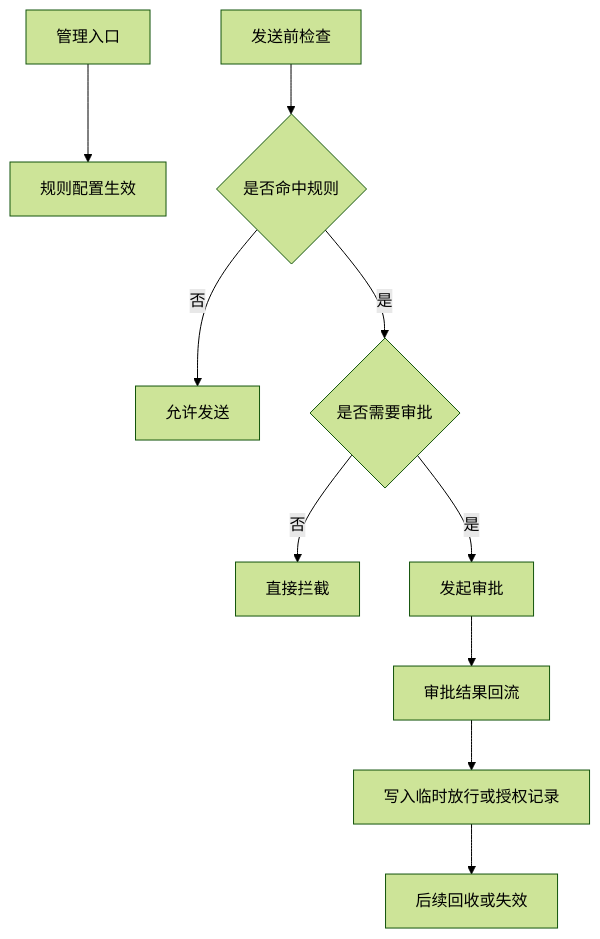
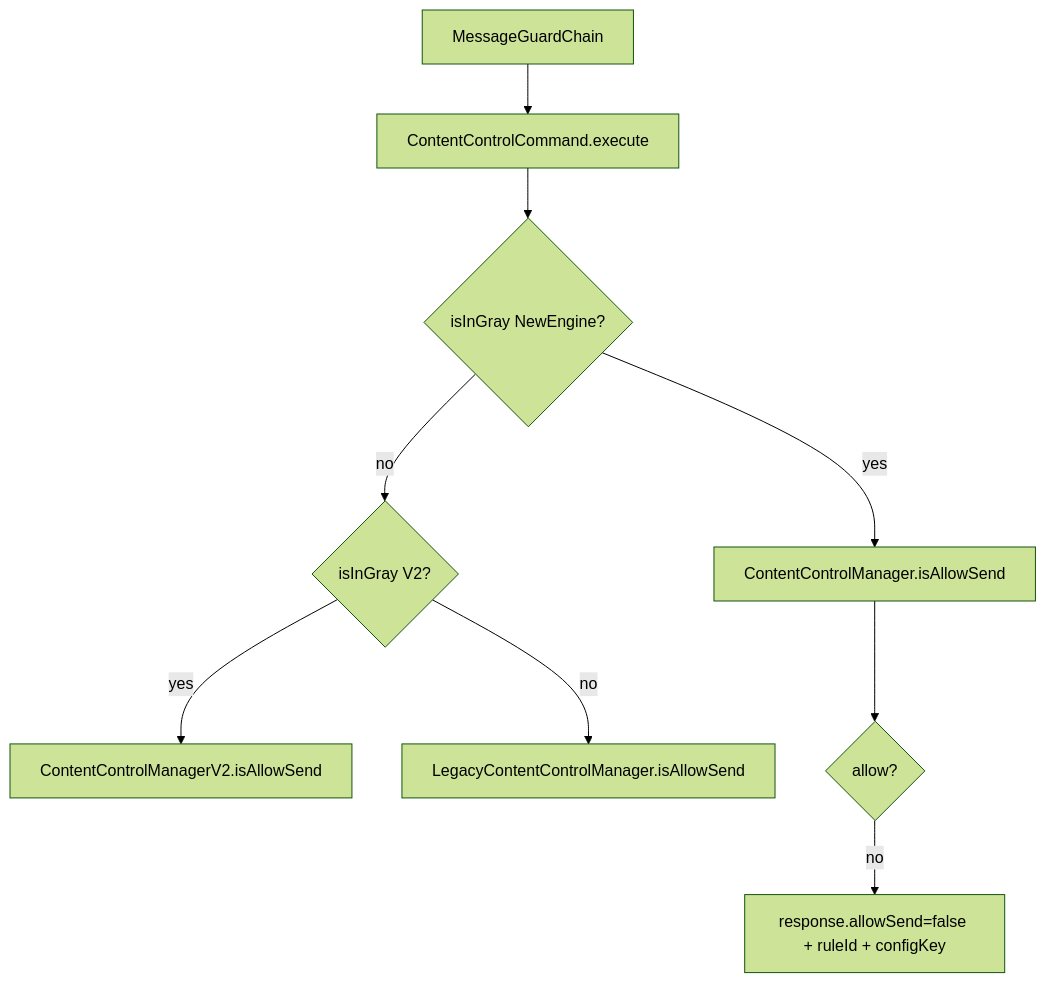
One commit to fanyb/sdd-riper changed the first of 2 diagrams in skills/sdd-riper-one-light/examples/codemap/codemap-feature-content-control.md. Above: the diagram before and after it, drawn with Mermaid (forest theme). The commit also changed other lines of this file and 6 other files, not shown here.

````diff
--- a/skills/sdd-riper-one-light/examples/codemap/codemap-feature-content-control.md
+++ b/skills/sdd-riper-one-light/examples/codemap/codemap-feature-content-control.md
@@ -48,12 +71,11 @@
 ```mermaid
 flowchart TD
-A["管理入口"] --> B["规则配置生效"]
-C["发送前检查"] --> D{"是否命中规则"}
-D -- "否" --> E["允许发送"]
-D -- "是" --> F{"是否需要审批"}
-F -- "否" --> G["直接拦截"]
-F -- "是" --> H["发起审批"]
-H --> I["审批结果回流"]
-I --> J["写入临时放行或授权记录"]
-J --> K["后续回收或失效"]
+A[MessageGuardChain] --> B[ContentControlCommand.execute]
+B --> C{isInGray NewEngine?}
+C -- yes --> D[ContentControlManager.isAllowSend]
+C -- no --> E{isInGray V2?}
+E -- yes --> F[ContentControlManagerV2.isAllowSend]
+E -- no --> G[LegacyContentControlManager.isAllowSend]
+D --> H{allow?}
+H -- no --> I[response.allowSend=false + ruleId + configKey]
 ```
````
